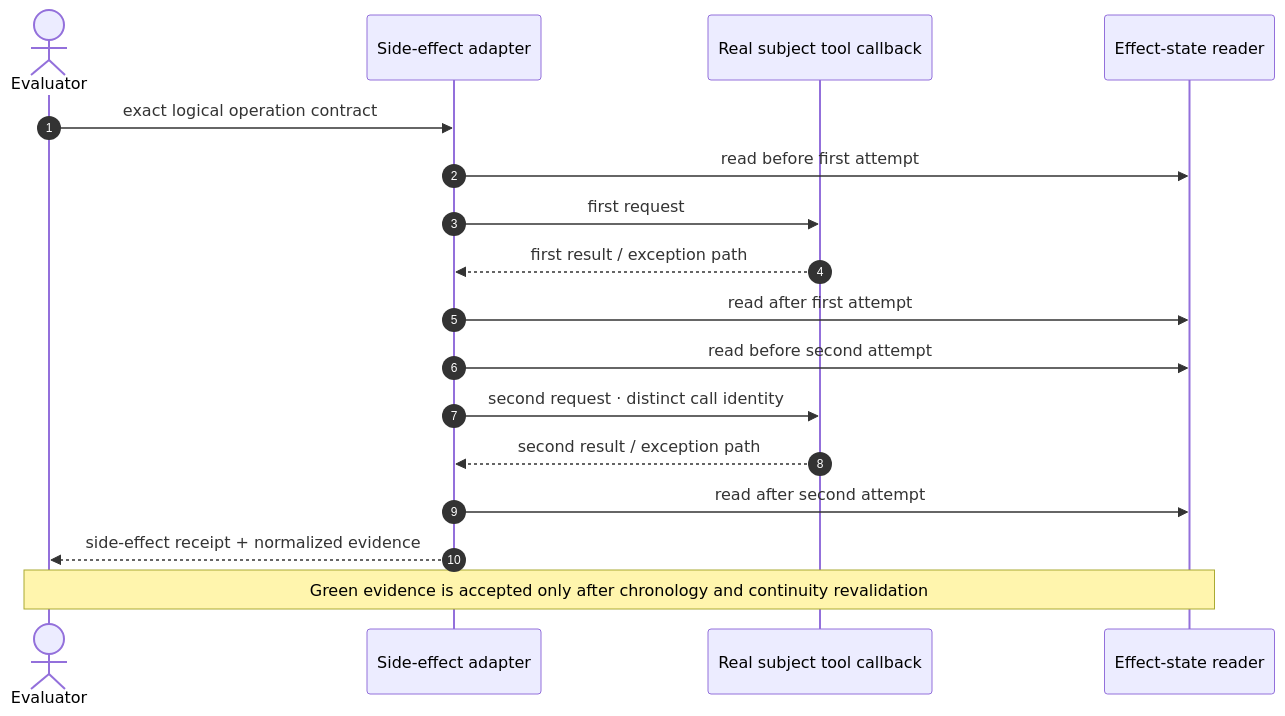
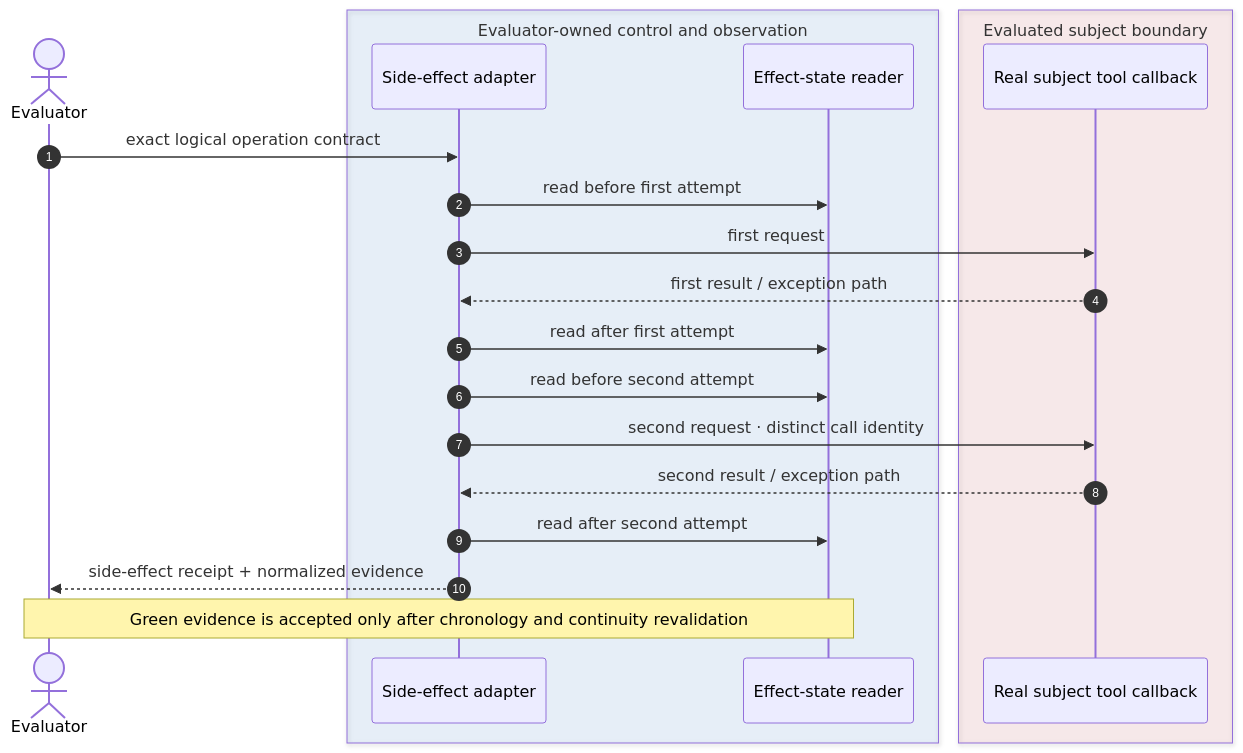
The sixth of 7 diagrams in docs/OPENAI_ADAPTER.md (portyu9/qa-automation-ai-agent-evals), drawn with Mermaid before and after one commit. The commit also changed 2 other files, not shown here.

Commit message:
docs: color side-effect sequence trust boundaries

````diff
--- a/docs/OPENAI_ADAPTER.md
+++ b/docs/OPENAI_ADAPTER.md
@@ -184,22 +184,26 @@
 ```mermaid
 sequenceDiagram
     accTitle: Run-local side-effect idempotency observation
     accDescr: The specialized adapter invokes the real subject callback twice with the same canonical logical operation but distinct call identities. Evaluator-owned effect snapshots surround each attempt. The resulting receipt proves continuous before-and-after state and feeds deterministic side-effect grading.
     autonumber
     actor E as Evaluator
-    participant A as Side-effect adapter
-    participant T as Real subject tool callback
-    participant S as Effect-state reader
+    box rgba(9,105,218,0.08) Evaluator-owned control and observation
+      participant A as Side-effect adapter
+      participant S as Effect-state reader
+    end
+    box rgba(207,34,46,0.08) Evaluated subject boundary
+      participant T as Real subject tool callback
+    end
     E->>A: exact logical operation contract
     A->>S: read before first attempt
     A->>T: first request
     T-->>A: first result / exception path
     A->>S: read after first attempt
     A->>S: read before second attempt
     A->>T: second request · distinct call identity
     T-->>A: second result / exception path
     A->>S: read after second attempt
     A-->>E: side-effect receipt + normalized evidence
     Note over E,S: Green evidence is accepted only after chronology and continuity revalidation
     %% Color semantics are expressed by trust-boundary boxes below.
 ```
````
